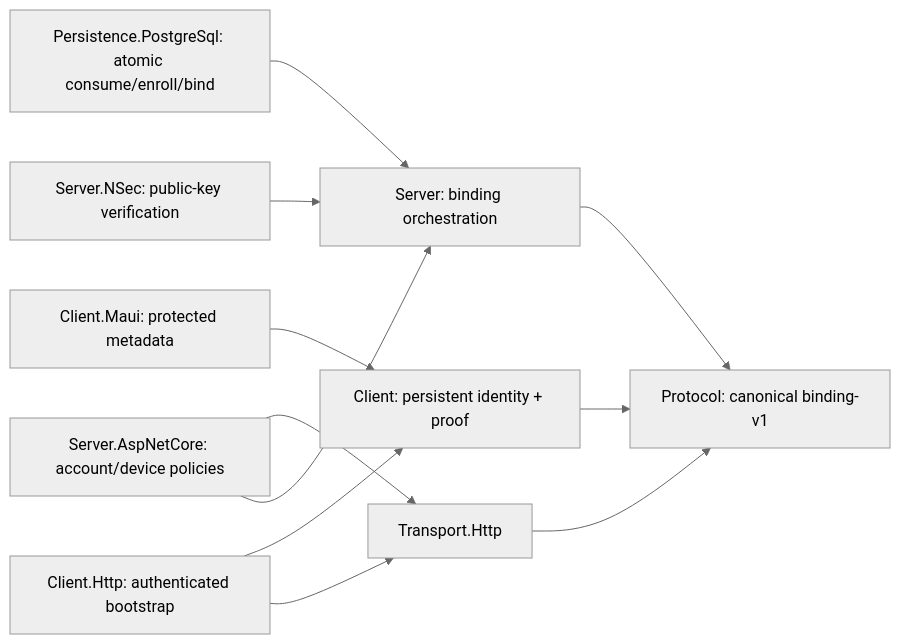
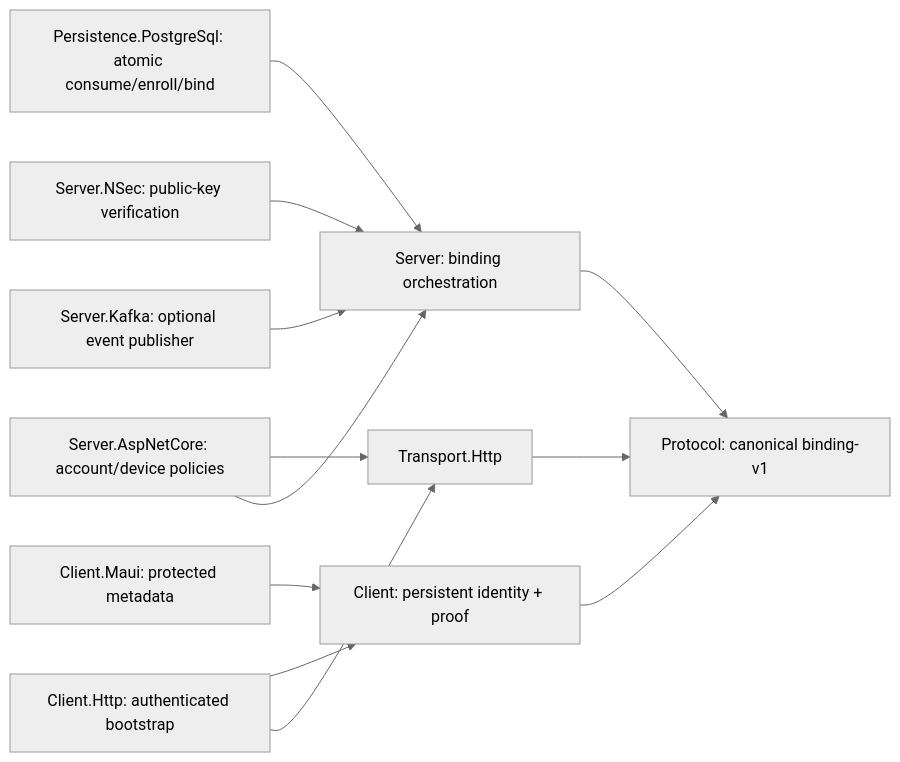
The diagram in README.md (skopka/chat), drawn with Mermaid (neutral theme) before and after one commit. The commit also changed other lines of this file and 32 other files, not shown here.

Commit message:
feat: add reliable Kafka server events

````diff
--- a/README.md
+++ b/README.md
@@ -67,13 +75,14 @@
 ```mermaid
 flowchart LR
     Maui[Client.Maui: protected metadata] --> Client[Client: persistent identity + proof]
     Http[Client.Http: authenticated bootstrap] --> Client
     Http --> DTO[Transport.Http]
     Api[Server.AspNetCore: account/device policies] --> DTO
     Api --> Server[Server: binding orchestration]
     Pg[Persistence.PostgreSql: atomic consume/enroll/bind] --> Server
     Verify[Server.NSec: public-key verification] --> Server
+    Kafka[Server.Kafka: optional event publisher] --> Server
     Server --> Protocol[Protocol: canonical binding-v1]
     Client --> Protocol
     DTO --> Protocol
 ```
````
